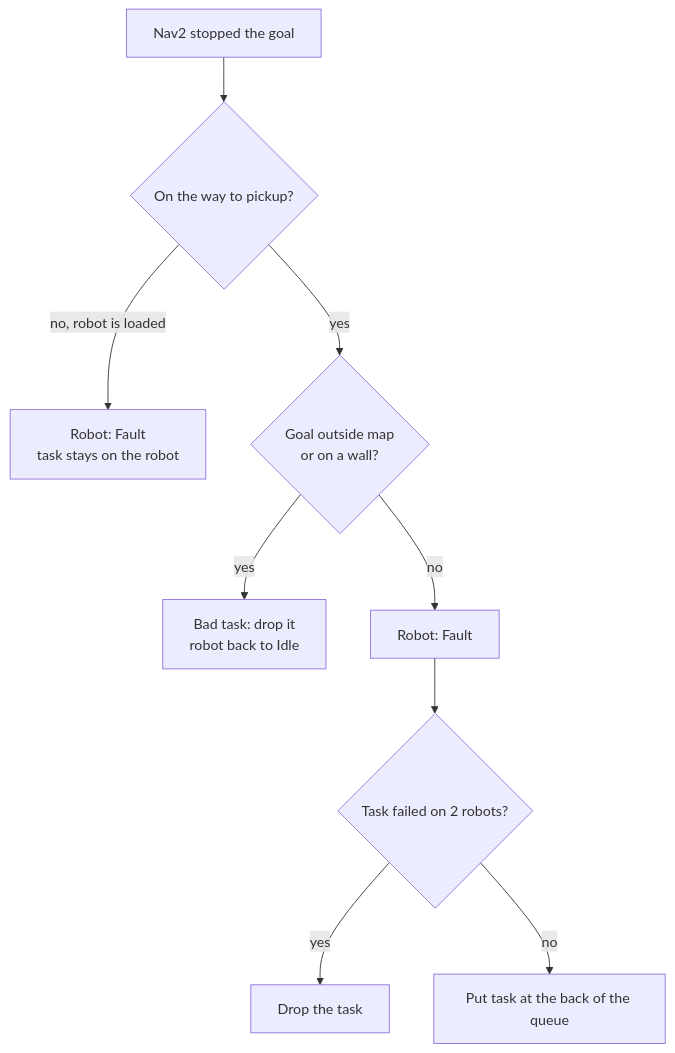
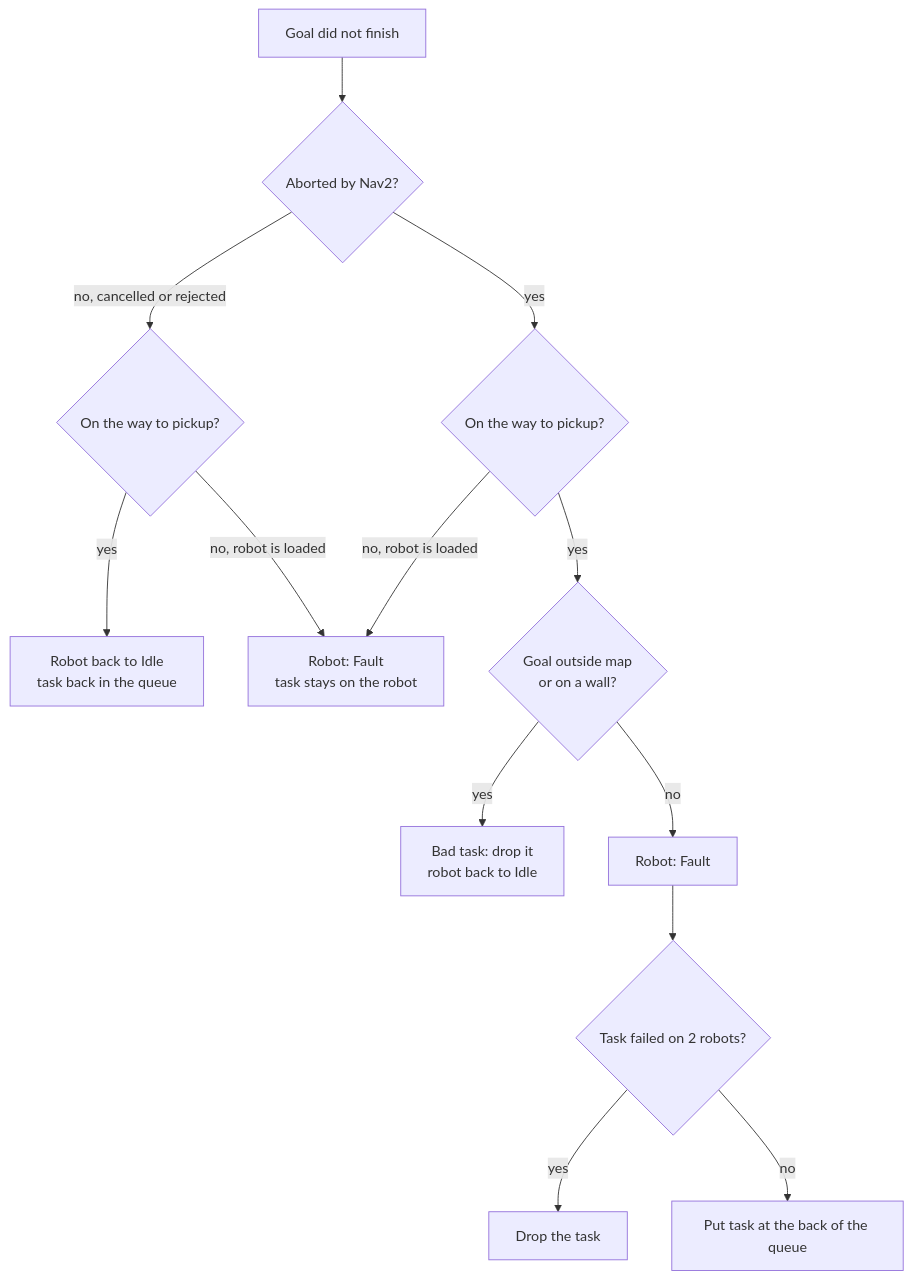
The third of 3 diagrams in README.md (UrosKukovic/Multi_Robot_Transport_System), drawn with Mermaid before and after one commit. The commit also changed other lines of this file, not shown here.

Commit message:
README: show cancelled and rejected goals in the failure diagram

````diff
--- a/README.md
+++ b/README.md
@@ -76,11 +76,15 @@
 ```mermaid
 flowchart TD
-    A[Nav2 stopped the goal] --> B{On the way to pickup?}
+    A[Goal did not finish] --> J{Aborted by Nav2?}
+    J -- no, cancelled or rejected --> K{On the way to pickup?}
+    K -- yes --> L[Robot back to Idle<br/>task back in the queue]
+    K -- no, robot is loaded --> F
+    J -- yes --> B{On the way to pickup?}
     B -- no, robot is loaded --> F[Robot: Fault<br/>task stays on the robot]
     B -- yes --> C{Goal outside map<br/>or on a wall?}
     C -- yes --> D[Bad task: drop it<br/>robot back to Idle]
     C -- no --> E[Robot: Fault]
     E --> G{Task failed on 2 robots?}
     G -- yes --> H[Drop the task]
     G -- no --> I[Put task at the back of the queue]
 ```
````
